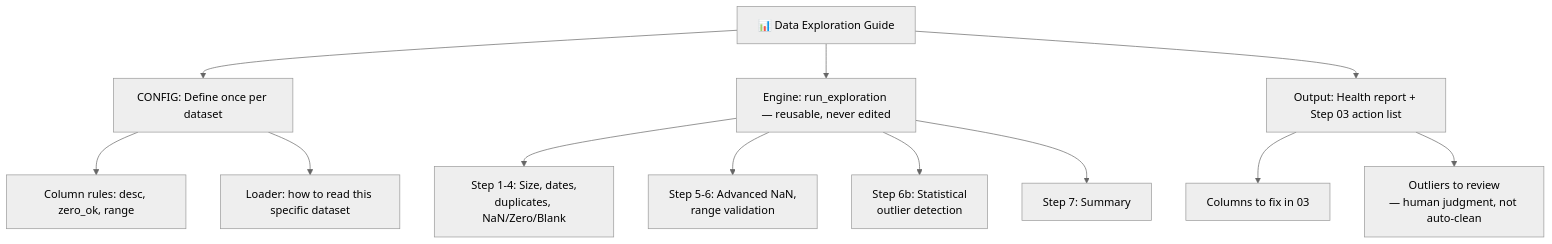
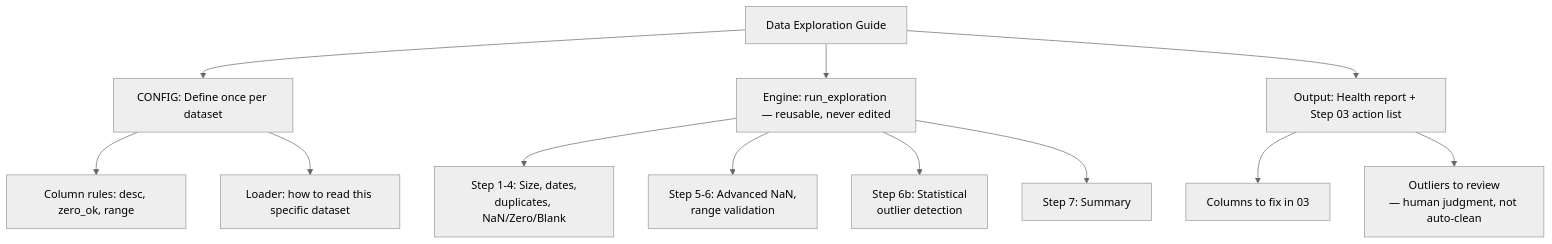
Before and after one commit to Vivian-be-nerd/FuWei-Portfolio: the diagram in pipeline-guides/01_data_exploration.md, drawn with Mermaid (neutral theme). The commit also changed other lines of this file and 4 other files, not shown here.

````diff
--- a/pipeline-guides/01_data_exploration.md
+++ b/pipeline-guides/01_data_exploration.md
@@ -3,17 +3,17 @@
 ```mermaid
 flowchart TD
-    A[📊 Data Exploration Guide] --> B[CONFIG: Define once per dataset]
+    A[Data Exploration Guide] --> B[CONFIG: Define once per dataset]
     A --> C[Engine: run_exploration — reusable, never edited]
     A --> D[Output: Health report + Step 03 action list]
 
     B --> B1[Column rules: desc, zero_ok, range]
     B --> B2[Loader: how to read this specific dataset]
 
     C --> C1[Step 1-4: Size, dates,\nduplicates, NaN/Zero/Blank]
     C --> C2[Step 5-6: Advanced NaN,\nrange validation]
     C --> C3[Step 6b: Statistical\noutlier detection]
     C --> C4[Step 7: Summary]
 
     D --> D1[Columns to fix in 03]
     D --> D2[Outliers to review\n— human judgment, not auto-clean]
 ```
````
